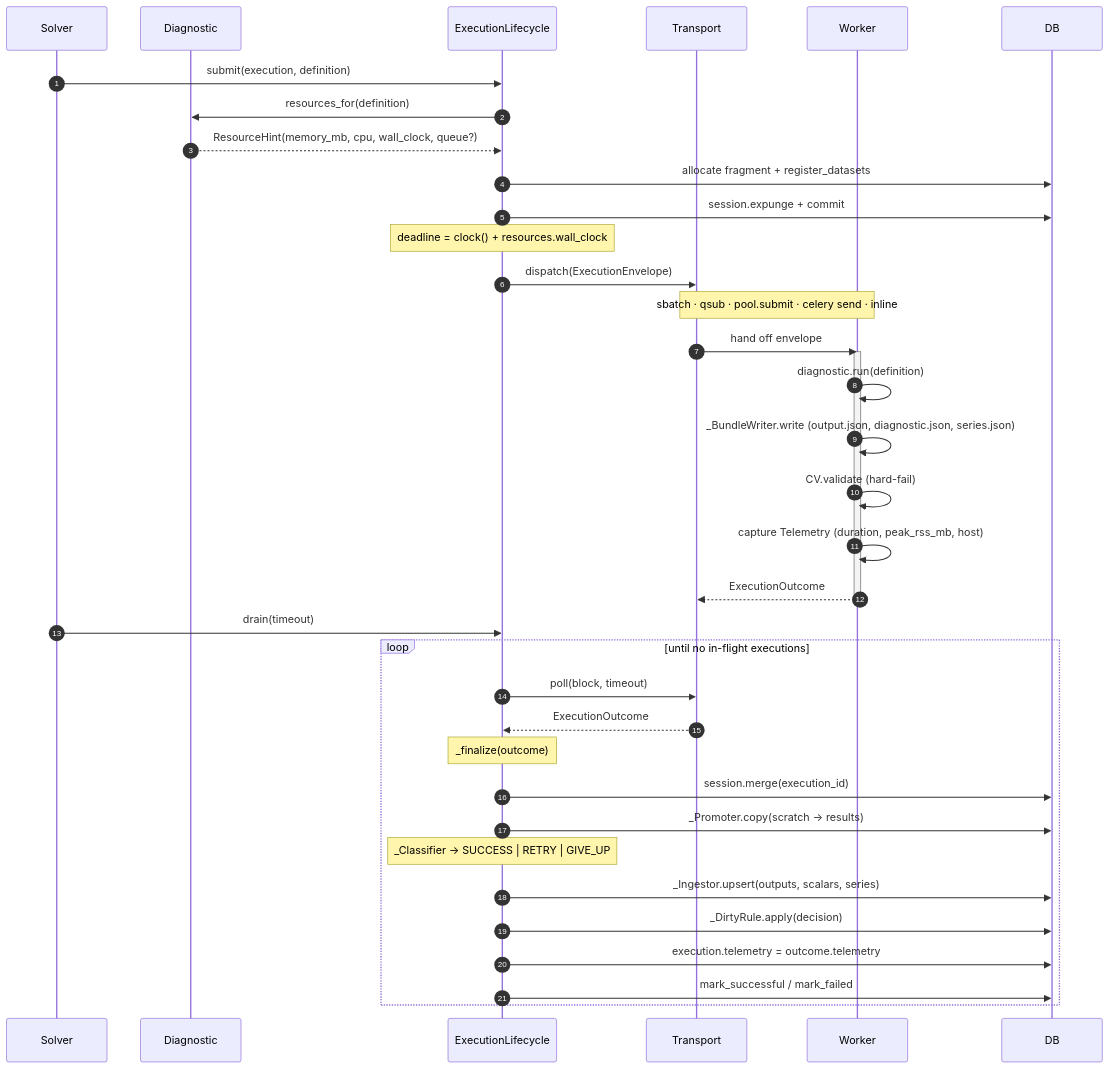
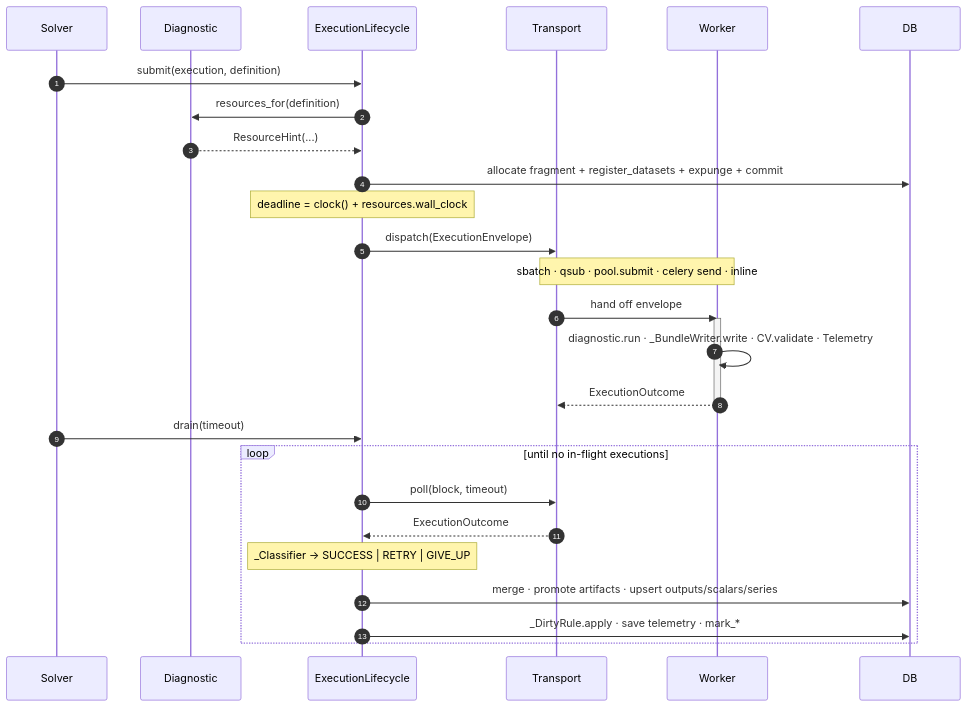
The second of 3 diagrams in text/0003-execution-lifecycle.md (Climate-REF/rfcs), drawn with Mermaid before and after one commit. The commit also changed other lines of this file, not shown here.

First line of the commit message:
rfc(execution-lifecycle): simplify; trim doc by ~half

````diff
--- a/text/0003-execution-lifecycle.md
+++ b/text/0003-execution-lifecycle.md
@@ -354,42 +191,33 @@
 ```mermaid
 sequenceDiagram
     autonumber
     participant S as Solver
     participant D as Diagnostic
     participant L as ExecutionLifecycle
     participant T as Transport
     participant W as Worker
-    participant DB as DB
+    participant DB
 
     S->>L: submit(execution, definition)
     L->>D: resources_for(definition)
-    D-->>L: ResourceHint(memory_mb, cpu, wall_clock, queue?)
-    L->>DB: allocate fragment + register_datasets
-    L->>DB: session.expunge + commit
+    D-->>L: ResourceHint(...)
+    L->>DB: allocate fragment + register_datasets + expunge + commit
     Note over L: deadline = clock() + resources.wall_clock
     L->>T: dispatch(ExecutionEnvelope)
 
     Note over T,W: sbatch · qsub · pool.submit · celery send · inline
     T->>W: hand off envelope
     activate W
-    W->>W: diagnostic.run(definition)
-    W->>W: _BundleWriter.write (output.json, diagnostic.json, series.json)
-    W->>W: CV.validate (hard-fail)
-    W->>W: capture Telemetry (duration, peak_rss_mb, host)
+    W->>W: diagnostic.run · _BundleWriter.write · CV.validate · Telemetry
     W-->>T: ExecutionOutcome
     deactivate W
 
     S->>L: drain(timeout)
     loop until no in-flight executions
         L->>T: poll(block, timeout)
         T-->>L: ExecutionOutcome
-        Note over L: _finalize(outcome)
-        L->>DB: session.merge(execution_id)
-        L->>DB: _Promoter.copy(scratch → results)
         Note over L: _Classifier → SUCCESS | RETRY | GIVE_UP
-        L->>DB: _Ingestor.upsert(outputs, scalars, series)
-        L->>DB: _DirtyRule.apply(decision)
-        L->>DB: execution.telemetry = outcome.telemetry
-        L->>DB: mark_successful / mark_failed
+        L->>DB: merge · promote artifacts · upsert outputs/scalars/series
+        L->>DB: _DirtyRule.apply · save telemetry · mark_*
     end
 ```
````
